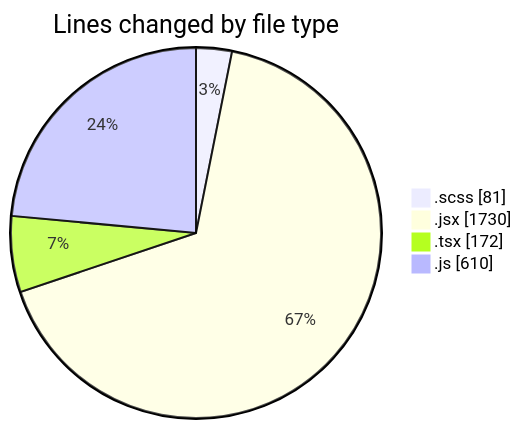
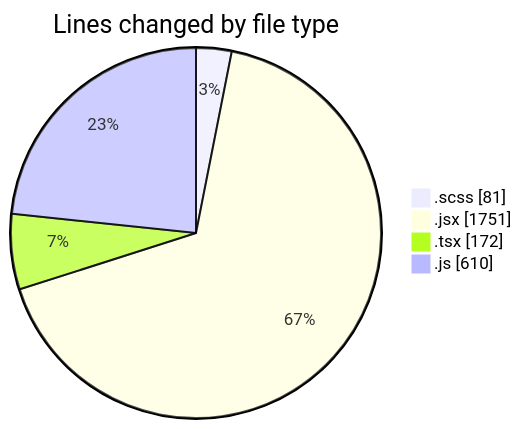
One commit to momahboobian/code-tracking changed the first of 2 diagrams in 2025-06-03/cda/README.md. Above: the diagram before and after it, drawn with Mermaid. The commit also changed other lines of this file and 1 other file, not shown here.

````diff
--- a/2025-06-03/cda/README.md
+++ b/2025-06-03/cda/README.md
@@ -25,8 +25,8 @@
 ```mermaid
 pie showData
 title Lines changed by file type
 ".scss" : 81
-".jsx" : 1730
+".jsx" : 1751
 ".tsx" : 172
 ".js" : 610
 ```
````
